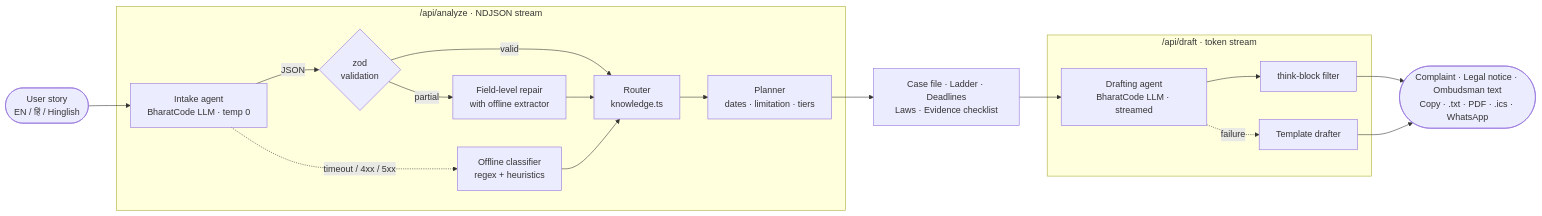
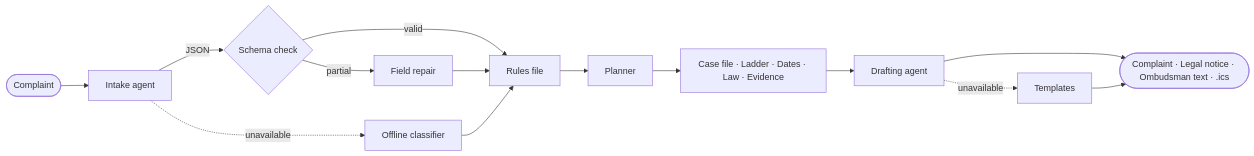
Before and after one commit to Kavaykhurana/bharatcode: the diagram in README.md, drawn with Mermaid. The commit also changed other lines of this file and 14 other files, not shown here.

````diff
--- a/README.md
+++ b/README.md
@@ -61,23 +78,14 @@
 ```mermaid
 flowchart LR
-    U([User story<br/>EN / हिं / Hinglish]) --> A
-
-    subgraph Analyze["/api/analyze · NDJSON stream"]
-        A[Intake agent<br/>BharatCode LLM · temp 0] -->|JSON| V{zod<br/>validation}
-        V -->|valid| R
-        V -->|partial| M[Field-level repair<br/>with offline extractor] --> R
-        A -.->|timeout / 4xx / 5xx| O[Offline classifier<br/>regex + heuristics] --> R
-        R[Router<br/>knowledge.ts] --> P[Planner<br/>dates · limitation · tiers]
-    end
-
-    P --> UI[Case file · Ladder · Deadlines<br/>Laws · Evidence checklist]
-    UI --> D
-
-    subgraph Draft["/api/draft · token stream"]
-        D[Drafting agent<br/>BharatCode LLM · streamed] --> F[think-block filter]
-        D -.->|failure| T[Template drafter]
-    end
-
-    F --> OUT([Complaint · Legal notice · Ombudsman text<br/>Copy · .txt · PDF · .ics · WhatsApp])
+    U([Complaint]) --> I[Intake agent]
+    I -->|JSON| V{Schema check}
+    V -->|valid| K[Rules file]
+    V -->|partial| R[Field repair] --> K
+    I -.->|unavailable| O[Offline classifier] --> K
+    K --> P[Planner]
+    P --> UI[Case file · Ladder · Dates · Law · Evidence]
+    UI --> D[Drafting agent]
+    D -.->|unavailable| T[Templates]
+    D --> OUT([Complaint · Legal notice · Ombudsman text · .ics])
     T --> OUT
 ```
````
